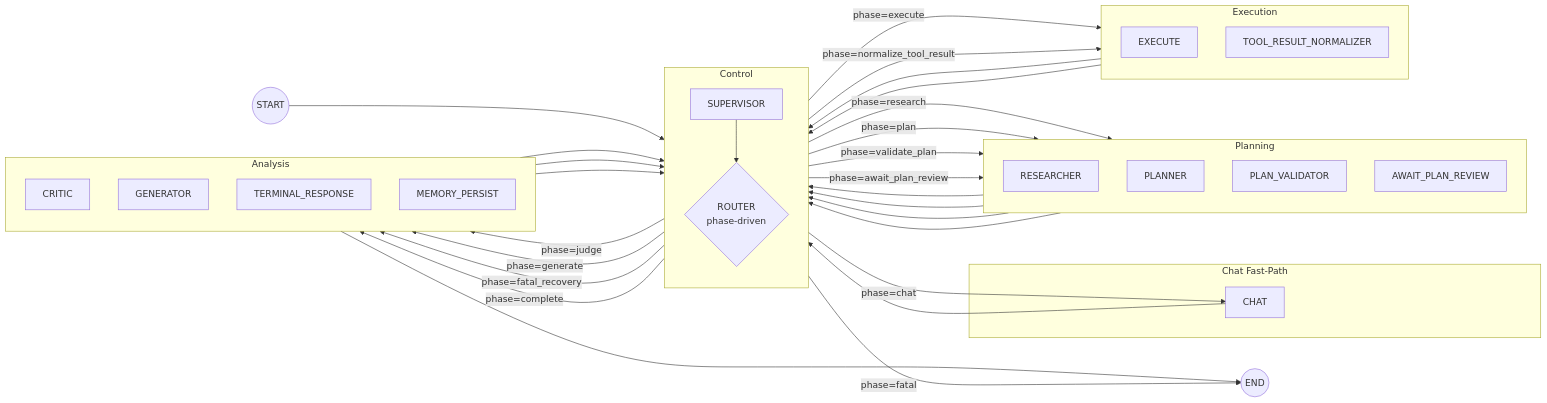
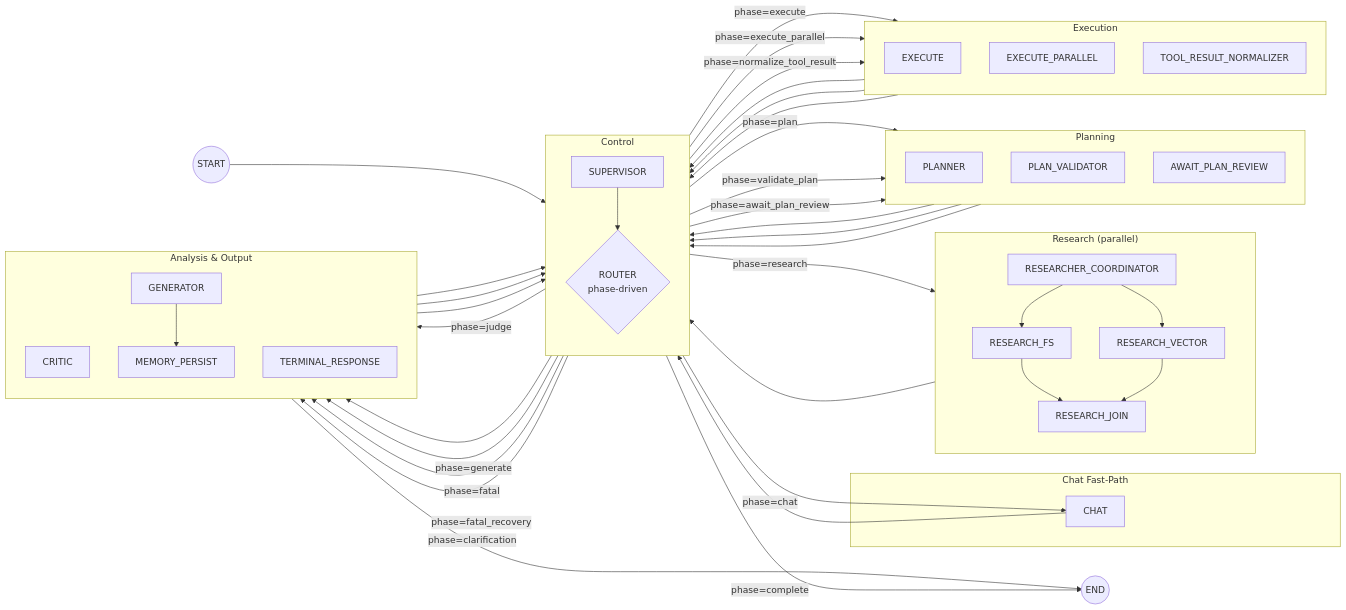
One commit to matanew1/nest-langgraph-ai changed the diagram in README.md. Above: the diagram before and after it, drawn with Mermaid. The commit also changed other lines of this file and 8 other files, not shown here.

Commit message:
`feat: update nest-langgraph-ai README and code to reflect changes in architecture and tooling`

````diff
--- a/README.md
+++ b/README.md
@@ -56,51 +69,73 @@
 ```mermaid
 flowchart LR
   START((START))
   END((END))
 
   subgraph Control["Control"]
     direction TB
     SUPERVISOR[SUPERVISOR]
     ROUTER{ROUTER\nphase-driven}
   end
 
   subgraph Chat["Chat Fast-Path"]
     CHAT[CHAT]
   end
 
+  subgraph Research["Research (parallel)"]
+    direction TB
+    RESEARCHER[RESEARCHER_COORDINATOR]
+    RESEARCH_FS[RESEARCH_FS]
+    RESEARCH_VECTOR[RESEARCH_VECTOR]
+    RESEARCH_JOIN[RESEARCH_JOIN]
+  end
+
   subgraph Planning["Planning"]
     direction TB
-    RESEARCHER[RESEARCHER]
     PLANNER[PLANNER]
     PLAN_VALIDATOR[PLAN_VALIDATOR]
     AWAIT_REVIEW[AWAIT_PLAN_REVIEW]
   end
 
   subgraph Execution["Execution"]
     direction TB
     EXECUTE[EXECUTE]
+    EXECUTE_PARALLEL[EXECUTE_PARALLEL]
     NORMALIZER[TOOL_RESULT_NORMALIZER]
   end
 
-  subgraph Analysis["Analysis"]
+  subgraph Analysis["Analysis & Output"]
     direction TB
     CRITIC[CRITIC]
     GENERATOR[GENERATOR]
     TERMINAL[TERMINAL_RESPONSE]
     MEMORY[MEMORY_PERSIST]
   end
 
   START --> SUPERVISOR --> ROUTER
+
   ROUTER -->|phase=chat| CHAT --> ROUTER
-  ROUTER -->|phase=research| RESEARCHER --> ROUTER
+  ROUTER -->|phase=research| RESEARCHER
+  RESEARCHER --> RESEARCH_FS
+  RESEARCHER --> RESEARCH_VECTOR
+  RESEARCH_FS --> RESEARCH_JOIN
+  RESEARCH_VECTOR --> RESEARCH_JOIN
+  RESEARCH_JOIN --> ROUTER
+
   ROUTER -->|phase=plan| PLANNER --> ROUTER
   ROUTER -->|phase=validate_plan| PLAN_VALIDATOR --> ROUTER
   ROUTER -->|phase=await_plan_review| AWAIT_REVIEW --> ROUTER
+
   ROUTER -->|phase=execute| EXECUTE --> ROUTER
+  ROUTER -->|phase=execute_parallel| EXECUTE_PARALLEL --> ROUTER
   ROUTER -->|phase=normalize_tool_result| NORMALIZER --> ROUTER
+
   ROUTER -->|phase=judge| CRITIC --> ROUTER
-  ROUTER -->|phase=generate| GENERATOR --> ROUTER
-  ROUTER -->|phase=fatal_recovery| TERMINAL --> ROUTER
-  ROUTER -->|phase=complete| MEMORY --> END
-  ROUTER -->|phase=fatal| END
+  ROUTER -->|phase=generate| GENERATOR
+  GENERATOR --> ROUTER
+  GENERATOR --> MEMORY --> END
+
+  ROUTER -->|phase=fatal| TERMINAL --> ROUTER
+  ROUTER -->|phase=fatal_recovery| TERMINAL
+  ROUTER -->|phase=clarification| TERMINAL
+  ROUTER -->|phase=complete| END
 ```
````
